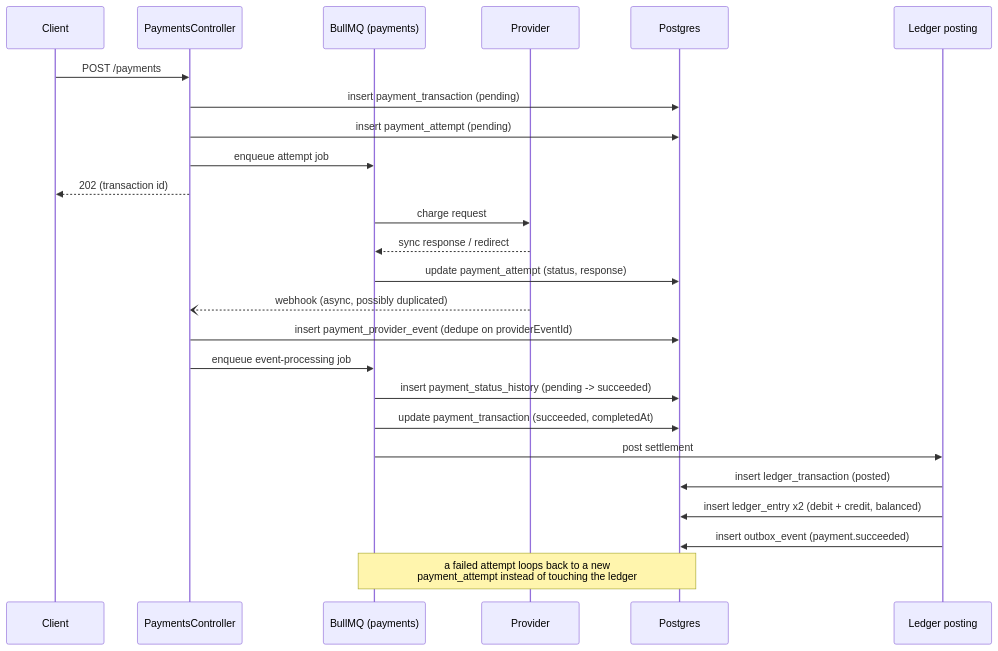
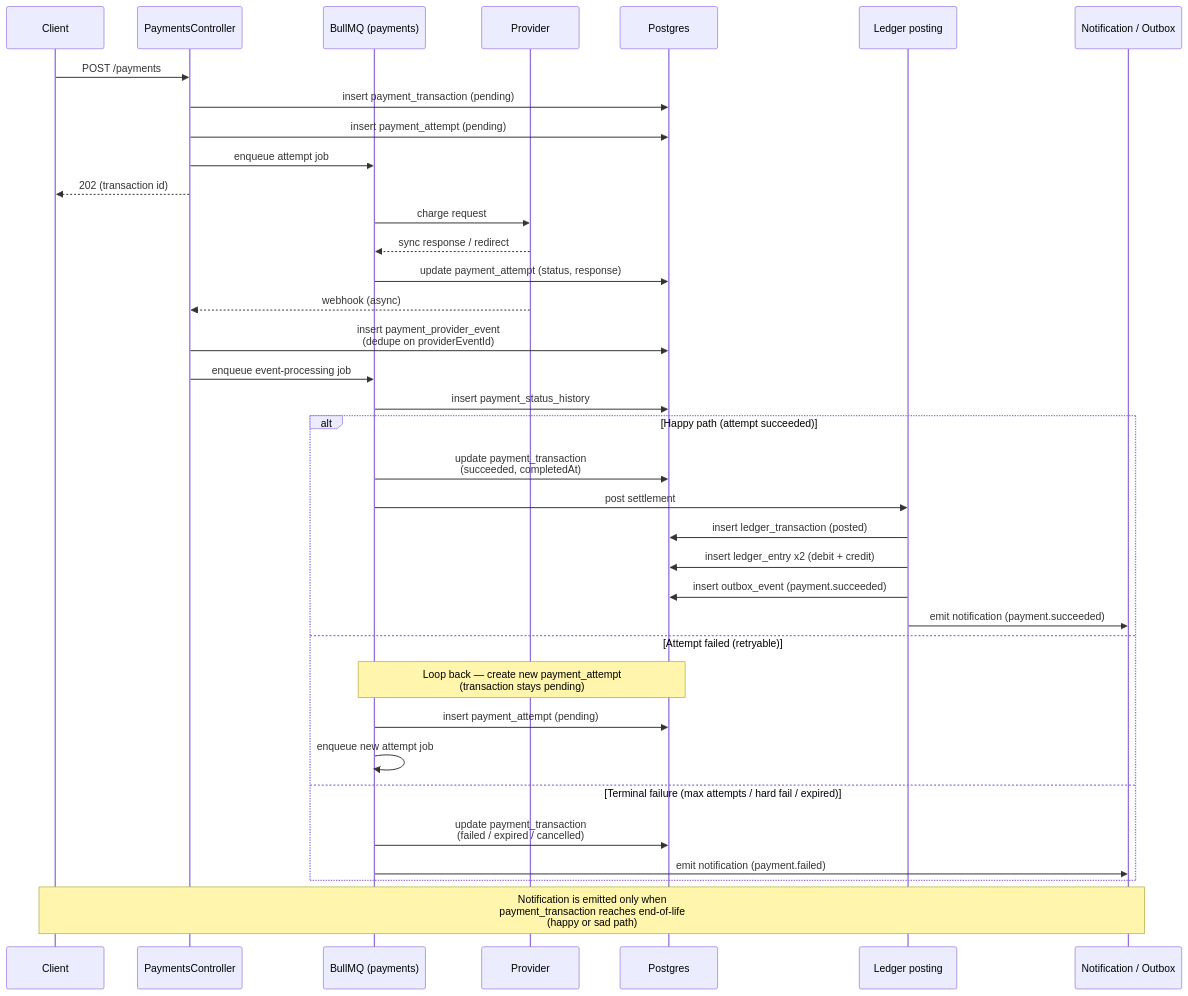
The second of 2 diagrams in apps/backend/src/payment/README.md (SovannrothEang/e-phsar-khmer), drawn with Mermaid before and after one commit. The commit also changed other lines of this file, not shown here.

Commit message:
update the payment docs for ensuring the emission of the payment when reach its end of lifecycle

````diff
--- a/apps/backend/src/payment/README.md
+++ b/apps/backend/src/payment/README.md
@@ -79,33 +88,47 @@
 ```mermaid
 sequenceDiagram
     participant Client
-    participant API as PaymentsController
-    participant Queue as BullMQ (payments)
-    participant Gateway as Provider
-    participant DB as Postgres
+    participant PaymentsController
+    participant BullMQ as BullMQ (payments)
+    participant Provider
+    participant Postgres
     participant Ledger as Ledger posting
+    participant Notifier as Notification / Outbox
 
-    Client->>API: POST /payments
-    API->>DB: insert payment_transaction (pending)
-    API->>DB: insert payment_attempt (pending)
-    API->>Queue: enqueue attempt job
-    API-->>Client: 202 (transaction id)
+    Client->>PaymentsController: POST /payments
+    PaymentsController->>Postgres: insert payment_transaction (pending)
+    PaymentsController->>Postgres: insert payment_attempt (pending)
+    PaymentsController->>BullMQ: enqueue attempt job
+    PaymentsController-->>Client: 202 (transaction id)
 
-    Queue->>Gateway: charge request
-    Gateway-->>Queue: sync response / redirect
-    Queue->>DB: update payment_attempt (status, response)
+    %% === Attempt processing ===
+    BullMQ->>Provider: charge request
+    Provider-->>BullMQ: sync response / redirect
+    BullMQ->>Postgres: update payment_attempt (status, response)
 
-    Gateway--)API: webhook (async, possibly duplicated)
-    API->>DB: insert payment_provider_event (dedupe on providerEventId)
-    API->>Queue: enqueue event-processing job
+    %% === Webhook path (async, possibly duplicated) ===
+    Provider-->>PaymentsController: webhook (async)
+    PaymentsController->>Postgres: insert payment_provider_event<br/>(dedupe on providerEventId)
+    PaymentsController->>BullMQ: enqueue event-processing job
 
-    Queue->>DB: insert payment_status_history (pending -> succeeded)
-    Queue->>DB: update payment_transaction (succeeded, completedAt)
+    %% === Event processing job ===
+    BullMQ->>Postgres: insert payment_status_history
 
-    Queue->>Ledger: post settlement
-    Ledger->>DB: insert ledger_transaction (posted)
-    Ledger->>DB: insert ledger_entry x2 (debit + credit, balanced)
-    Ledger->>DB: insert outbox_event (payment.succeeded)
+    alt Happy path (attempt succeeded)
+        BullMQ->>Postgres: update payment_transaction<br/>(succeeded, completedAt)
+        BullMQ->>Ledger: post settlement
+        Ledger->>Postgres: insert ledger_transaction (posted)
+        Ledger->>Postgres: insert ledger_entry x2 (debit + credit)
+        Ledger->>Postgres: insert outbox_event (payment.succeeded)
+        Ledger->>Notifier: emit notification (payment.succeeded)
+    else Attempt failed (retryable)
+        Note over BullMQ,Postgres: Loop back — create new payment_attempt<br/>(transaction stays pending)
+        BullMQ->>Postgres: insert payment_attempt (pending)
+        BullMQ->>BullMQ: enqueue new attempt job
+    else Terminal failure (max attempts / hard fail / expired)
+        BullMQ->>Postgres: update payment_transaction<br/>(failed / expired / cancelled)
+        BullMQ->>Notifier: emit notification (payment.failed)
+    end
 
-    Note over Queue,DB: a failed attempt loops back to a new<br/>payment_attempt instead of touching the ledger
+    Note over Client,Notifier: Notification is emitted only when<br/>payment_transaction reaches end-of-life<br/>(happy or sad path)
 ```
````
